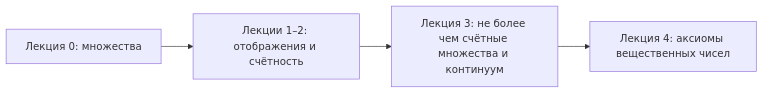
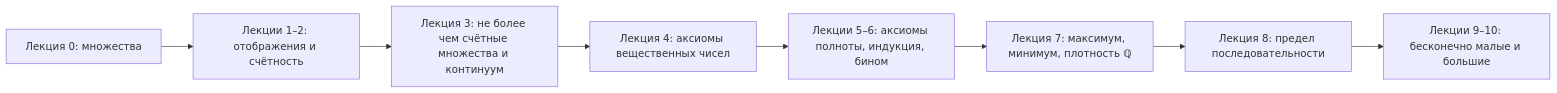
One commit to NikiHunter/MATAN changed the diagram in MathInMind/ru/lectures-2025-26/index.md. Above: the diagram before and after it, drawn with Mermaid. The commit also changed other lines of this file and 21 other files, not shown here.

````diff
--- a/MathInMind/ru/lectures-2025-26/index.md
+++ b/MathInMind/ru/lectures-2025-26/index.md
@@ -26,6 +30,10 @@
 ```mermaid
 flowchart LR
     A["Лекция 0: множества"] --> B["Лекции 1–2: отображения и счётность"]
     B --> C["Лекция 3: не более чем счётные множества и континуум"]
     C --> D["Лекция 4: аксиомы вещественных чисел"]
+    D --> E["Лекции 5–6: аксиомы полноты, индукция, бином"]
+    E --> F["Лекция 7: максимум, минимум, плотность ℚ"]
+    F --> G["Лекция 8: предел последовательности"]
+    G --> H["Лекции 9–10: бесконечно малые и большие"]
 ```
````
